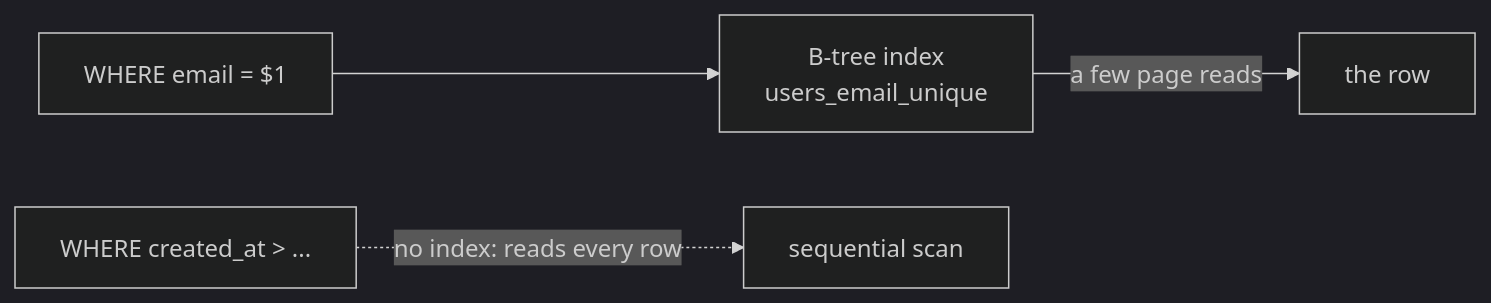
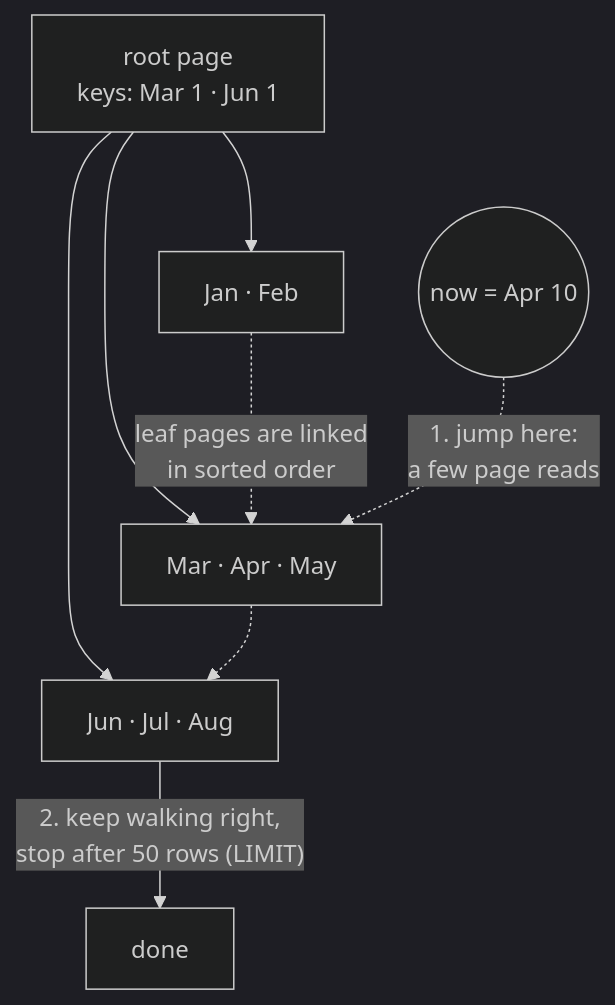
Before and after one commit to maheshnd/minitickets: the first of 3 diagrams in docs/handbook/concepts/indexing.md, drawn with Mermaid (dark theme). The commit also changed other lines of this file and 13 other files, not shown here.

````diff
--- a/docs/handbook/concepts/indexing.md
+++ b/docs/handbook/concepts/indexing.md
@@ -19,6 +26,10 @@
 ```mermaid
-flowchart LR
-    q["WHERE email = $1"] --> idx["B-tree index<br/>users_email_unique"]
-    idx -->|"a few page reads"| row["the row"]
-    q2["WHERE created_at > ..."] -.->|"no index: reads every row"| scan["sequential scan"]
+flowchart TD
+    root["root page<br/>keys: Mar 1 · Jun 1"] --> a["Jan · Feb"]
+    root --> b["Mar · Apr · May"]
+    root --> c["Jun · Jul · Aug"]
+    a -.->|"leaf pages are linked<br/>in sorted order"| b
+    b -.-> c
+    now(("now = Apr 10")) -.->|"1. jump here:<br/>a few page reads"| b
+    c -->|"2. keep walking right,<br/>stop after 50 rows (LIMIT)"| stop["done"]
 ```
````
